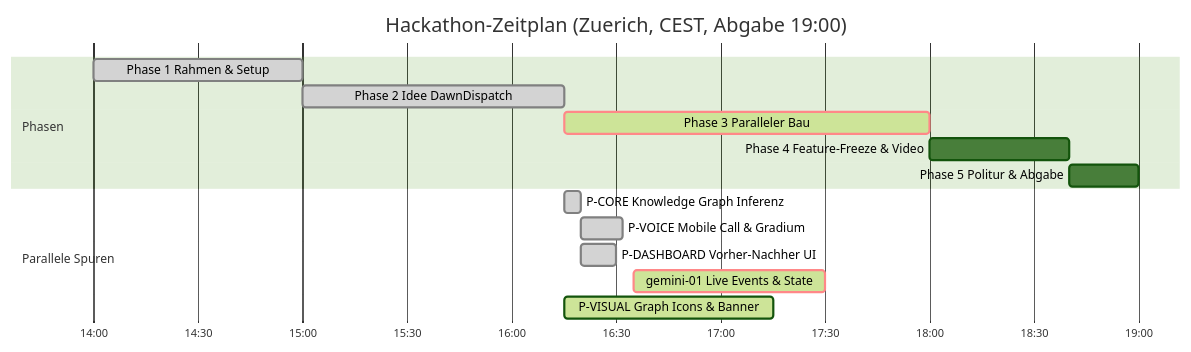
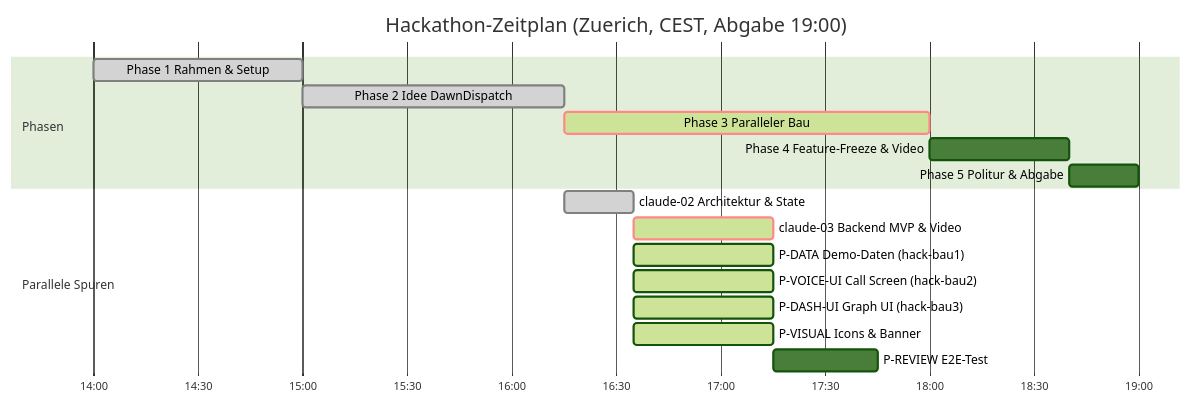
The diagram in STAND.md (Philipp2agent/agentic-hack-google), drawn with Mermaid (forest theme) before and after one commit. The commit also changed other lines of this file and 1 other file, not shown here.

Commit message:
feat: Auftrag claude-03 (MVP Backend & tools/video) & STAND.md aktualisiert

````diff
--- a/STAND.md
+++ b/STAND.md
@@ -21,18 +23,20 @@
 ```mermaid
 gantt
   title Hackathon-Zeitplan (Zuerich, CEST, Abgabe 19:00)
   dateFormat HH:mm
   axisFormat %H:%M
   section Phasen
   Phase 1 Rahmen & Setup         :done, p1, 14:00, 15:00
   Phase 2 Idee DawnDispatch      :done, p2, 15:00, 16:15
   Phase 3 Paralleler Bau         :crit, active, p3, 16:15, 18:00
   Phase 4 Feature-Freeze & Video :p4, 18:00, 18:40
   Phase 5 Politur & Abgabe       :p5, 18:40, 19:00
   section Parallele Spuren
-  P-CORE Knowledge Graph Inferenz   :done, p_core, 16:15, 16:20
-  P-VOICE Mobile Call & Gradium     :done, p_voi, 16:20, 16:32
-  P-DASHBOARD Vorher-Nachher UI     :done, p_dash, 16:20, 16:30
-  gemini-01 Live Events & State     :crit, active, p_gem1, 16:35, 17:30
-  P-VISUAL Graph Icons & Banner     :active, p_vis, 16:15, 17:15
+  claude-02 Architektur & State   :done, c2, 16:15, 16:35
+  claude-03 Backend MVP & Video   :crit, active, c3, 16:35, 17:15
+  P-DATA Demo-Daten (hack-bau1)   :active, p_dat, 16:35, 17:15
+  P-VOICE-UI Call Screen (hack-bau2) :active, p_vui, 16:35, 17:15
+  P-DASH-UI Graph UI (hack-bau3)  :active, p_dui, 16:35, 17:15
+  P-VISUAL Icons & Banner         :active, p_vis, 16:35, 17:15
+  P-REVIEW E2E-Test               :p_rev, 17:15, 17:45
 ```
````
